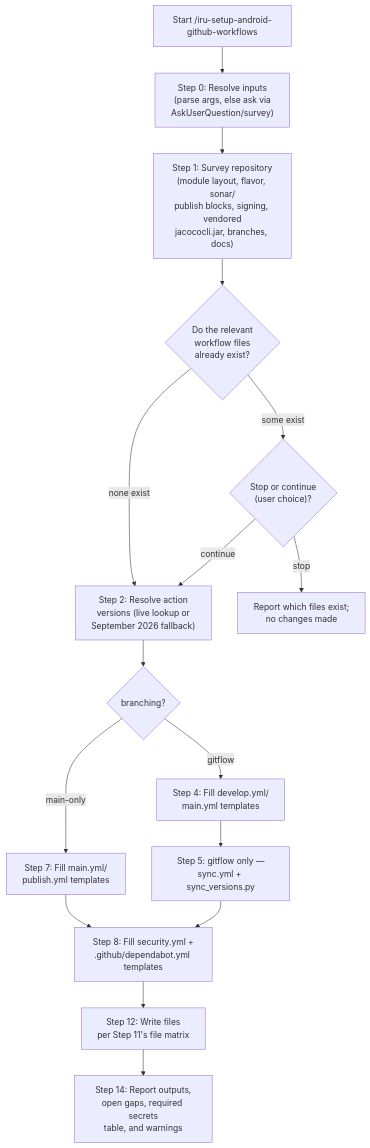
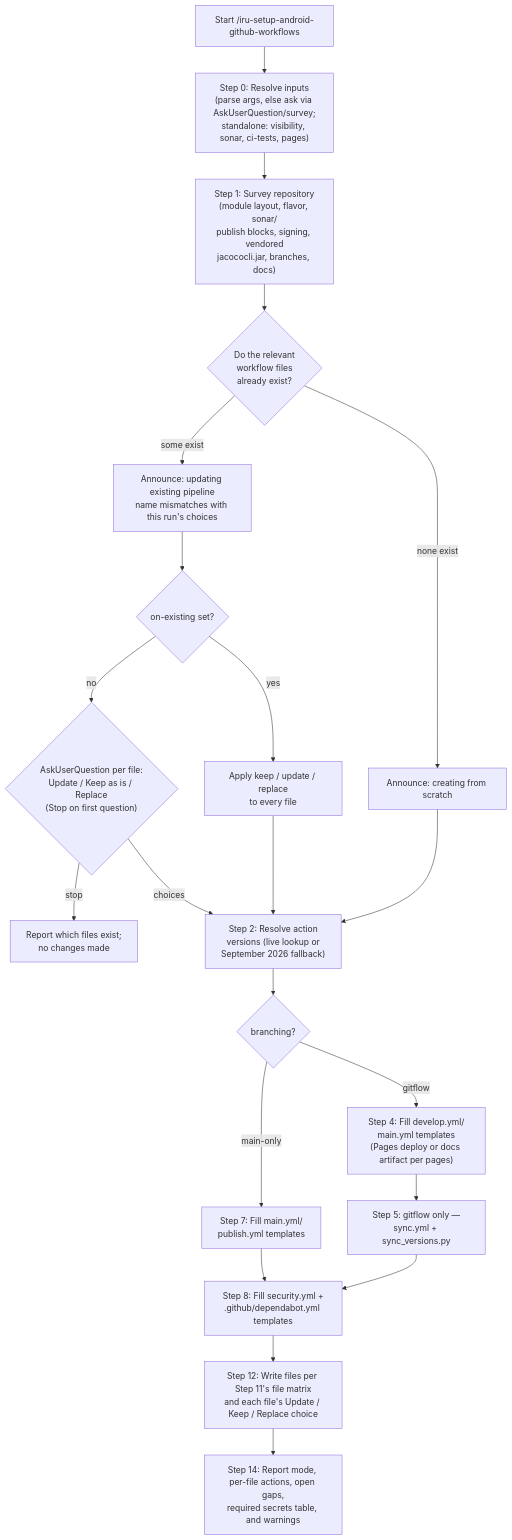
Before and after one commit to albertoirurueta/ai-catalog: the diagram in docs/modules/ROOT/pages/skills/iru-setup-android-github-workflows.adoc, drawn with Mermaid. The commit also changed other lines of this file and 87 other files, not shown here.

```diff
--- a/docs/modules/ROOT/pages/skills/iru-setup-android-github-workflows.adoc
+++ b/docs/modules/ROOT/pages/skills/iru-setup-android-github-workflows.adoc
@@ -141,19 +160,24 @@
 [mermaid]
 ....
 flowchart TD
-    A[Start /iru-setup-android-github-workflows] --> B["Step 0: Resolve inputs\n(parse args, else ask via\nAskUserQuestion/survey)"]
+    A[Start /iru-setup-android-github-workflows] --> B["Step 0: Resolve inputs\n(parse args, else ask via AskUserQuestion/survey;\nstandalone: visibility, sonar, ci-tests, pages)"]
     B --> C["Step 1: Survey repository\n(module layout, flavor, sonar/\npublish blocks, signing, vendored\njacococli.jar, branches, docs)"]
     C --> D{"Do the relevant\nworkflow files\nalready exist?"}
-    D -- none exist --> F["Step 2: Resolve action\nversions (live lookup or\nSeptember 2026 fallback)"]
-    D -- some exist --> E{"Stop or continue\n(user choice)?"}
-    E -- stop --> Z["Report which files exist;\nno changes made"]
-    E -- continue --> F
+    D -- none exist --> D1["Announce: creating from scratch"]
+    D -- some exist --> D2["Announce: updating existing pipeline\nname mismatches with this run's choices"]
+    D2 --> E{"on-existing set?"}
+    E -- yes --> E1["Apply keep / update / replace\nto every file"]
+    E -- no --> E2{"AskUserQuestion per file:\nUpdate / Keep as is / Replace\n(Stop on first question)"}
+    E2 -- stop --> Z["Report which files exist;\nno changes made"]
+    E2 -- choices --> F
+    E1 --> F
+    D1 --> F["Step 2: Resolve action\nversions (live lookup or\nSeptember 2026 fallback)"]
     F --> G{"branching?"}
-    G -- gitflow --> H["Step 4: Fill develop.yml/\nmain.yml templates"]
+    G -- gitflow --> H["Step 4: Fill develop.yml/\nmain.yml templates\n(Pages deploy or docs artifact per pages)"]
     G -- main-only --> I["Step 7: Fill main.yml/\npublish.yml templates"]
     H --> J["Step 5: gitflow only —\nsync.yml + sync_versions.py"]
     I --> K["Step 8: Fill security.yml +\n.github/dependabot.yml templates"]
     J --> K
-    K --> L["Step 12: Write files\nper Step 11's file matrix"]
-    L --> M["Step 14: Report outputs,\nopen gaps, required secrets\ntable, and warnings"]
+    K --> L["Step 12: Write files per Step 11's file matrix\nand each file's Update / Keep / Replace choice"]
+    L --> M["Step 14: Report mode, per-file actions, open gaps,\nrequired secrets table, and warnings"]
 ....
```
